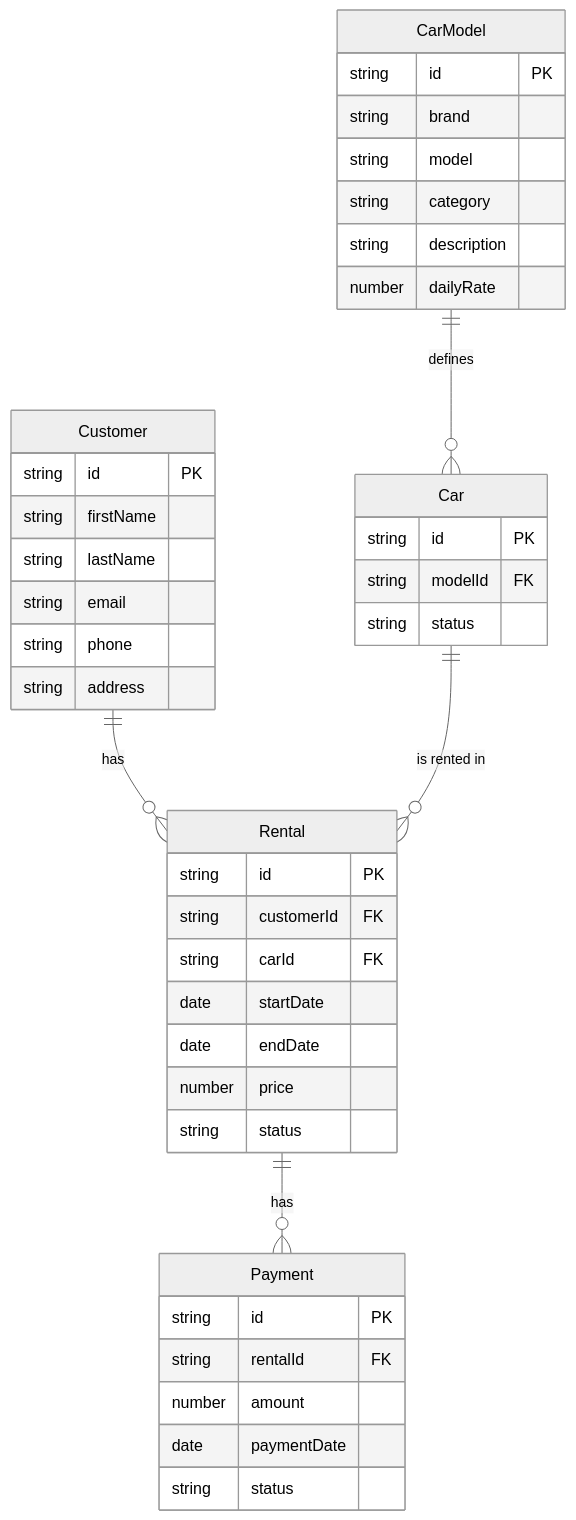
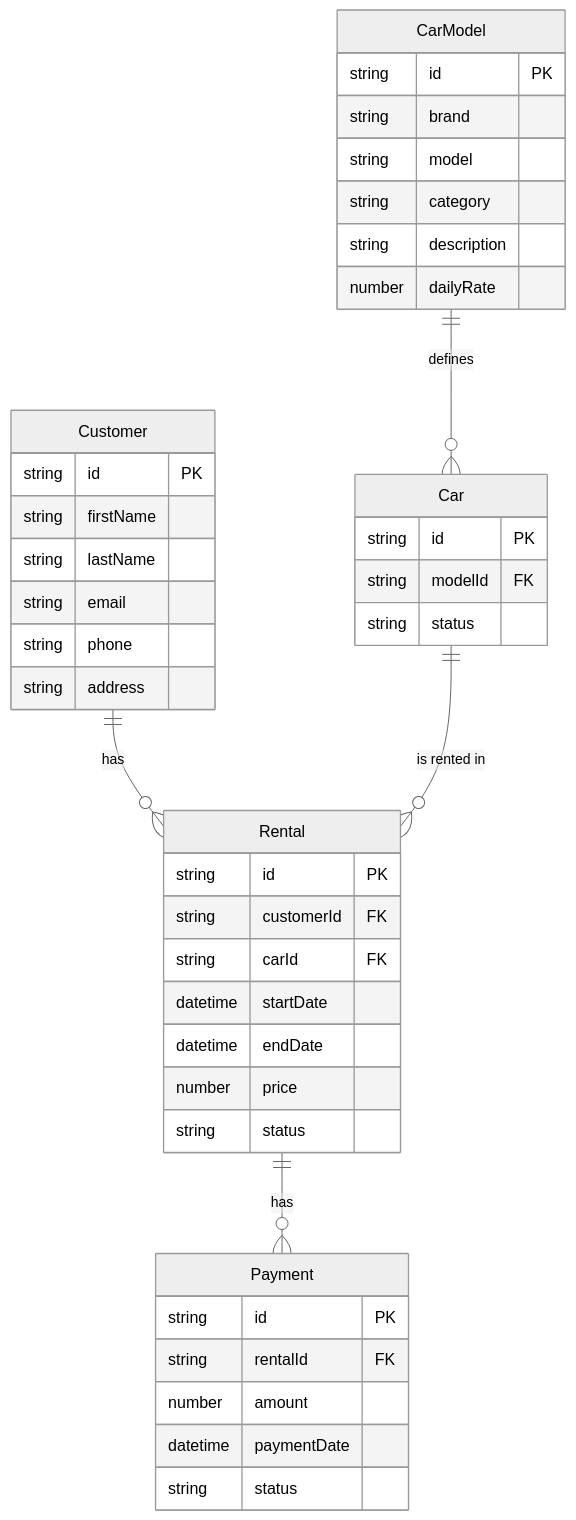
Before and after one commit to NICkBril/2KPI_labs: the diagram in Lab1/model.mmd, drawn with Mermaid (neutral theme). The commit also changed 2 other files, not shown here.

```diff
--- a/Lab1/model.mmd
+++ b/Lab1/model.mmd
@@ -1,47 +1,47 @@
 erDiagram
     Customer ||--o{ Rental : "has"
     Car ||--o{ Rental : "is rented in"
     CarModel ||--o{ Car : "defines"
     Rental ||--o{ Payment : "has"
 
     Customer {
         string id PK
         string firstName
         string lastName
         string email
         string phone
         string address
     }
 
     Rental {
         string id PK
         string customerId FK
         string carId FK
-        date startDate
-        date endDate
+        datetime startDate
+        datetime endDate
         number price
         string status
     }
 
     Car {
         string id PK
         string modelId FK
         string status
     }
 
     CarModel {
         string id PK
         string brand
         string model
         string category
         string description
         number dailyRate
     }
 
     Payment {
         string id PK
         string rentalId FK
         number amount
-        date paymentDate
+        datetime paymentDate
         string status
     }
```
